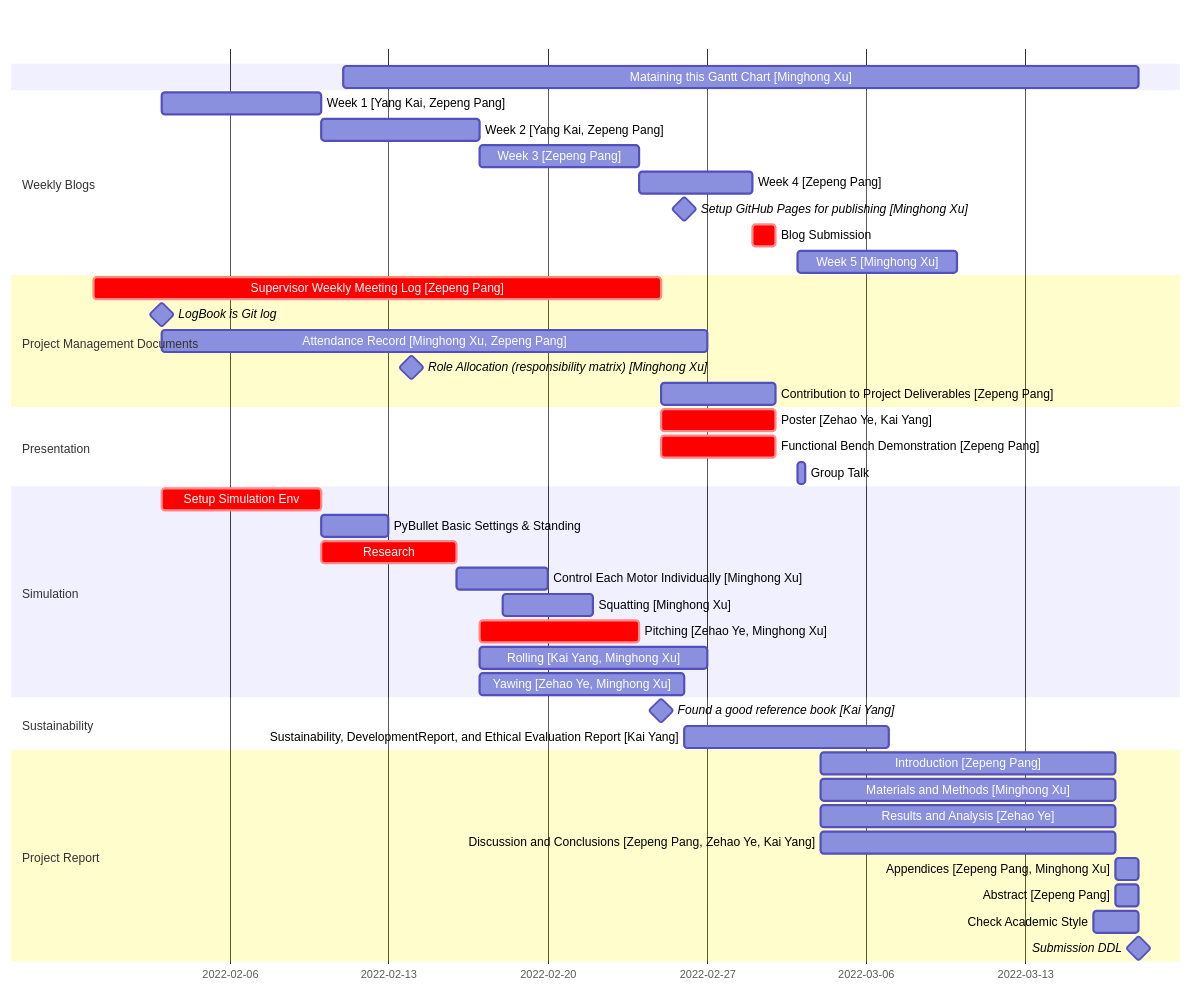
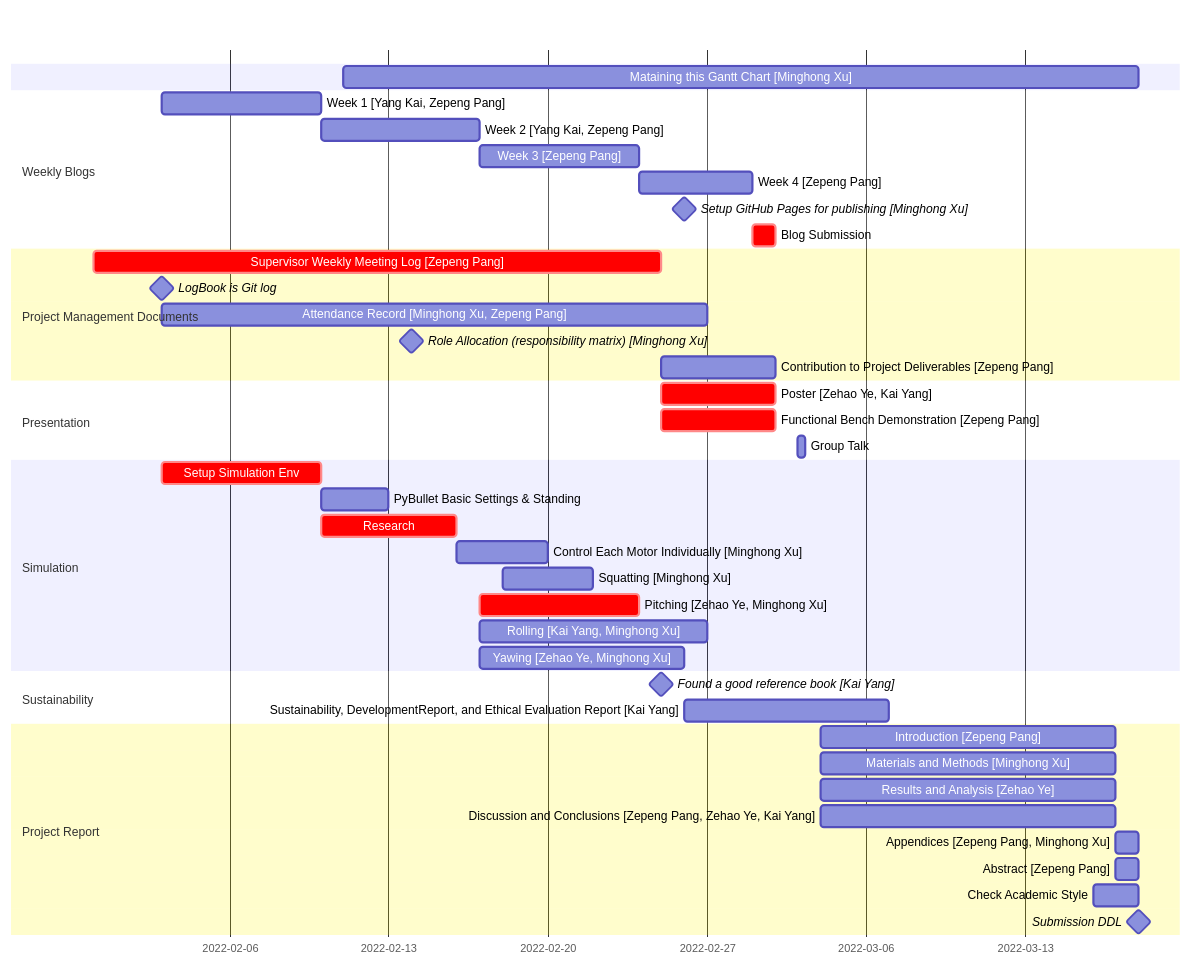
The diagram in README.md (minghongx/year2-project), drawn with Mermaid before and after one commit. The commit also changed other lines of this file and 12 other files, not shown here.

````diff
--- a/README.md
+++ b/README.md
@@ -9,51 +9,50 @@
 ```mermaid
 gantt
     dateFormat  YYYY-MM-DD
 
     Mataining this Gantt Chart [Minghong Xu] : 2022-02-11, 2022-03-18
 
     section Weekly Blogs
     Week 1 [Yang Kai, Zepeng Pang] : blog1, 2022-02-03, 7d
     Week 2 [Yang Kai, Zepeng Pang] : blog2, after blog1, 7d
     Week 3 [Zepeng Pang] : blog3, after blog2, 7d
     Week 4 [Zepeng Pang] : blog4, after blog3, 5d
     Setup GitHub Pages for publishing [Minghong Xu] : milestone, 2022-02-26, 0d
     Blog Submission : crit, after blog4, 2022-03-02
-    Week 5 [Minghong Xu] : 2022-03-03, 7d
 
     section Project Management Documents
     Supervisor Weekly Meeting Log [Zepeng Pang] : crit, 2022-01-31, 2022-02-25
     LogBook is Git log: milestone, 2022-02-03, 0d
     Attendance Record [Minghong Xu, Zepeng Pang] : 2022-02-03, 2022-02-27
     Role Allocation (responsibility matrix) [Minghong Xu] : milestone, 2022-02-14, 0d
     Contribution to Project Deliverables [Zepeng Pang] : 2022-02-25, 2022-03-02
 
     section Presentation
     Poster [Zehao Ye, Kai Yang] : crit, 2022-02-25, 2022-03-02
     Functional Bench Demonstration [Zepeng Pang] : crit, 2022-02-25, 2022-03-02
     Group Talk : 2022-03-03, 8h
 
     section Simulation
     Setup Simulation Env : crit, setup_sim_env, 2022-02-03, 7d
     PyBullet Basic Settings & Standing :after setup_sim_env, 3d
     Research : crit, research, after setup_sim_env, 6d
     Control Each Motor Individually [Minghong Xu] : after research, 2022-02-20
     Squatting [Minghong Xu] : 2022-02-18, 2022-02-22
     Pitching [Zehao Ye, Minghong Xu] : crit, 2022-02-17, 2022-02-24
     Rolling [Kai Yang, Minghong Xu] : 2022-02-17, 2022-02-27
     Yawing [Zehao Ye, Minghong Xu] : 2022-02-17, 2022-02-26
 
     section Sustainability
     Found a good reference book [Kai Yang] : milestone, 2022-02-25, 0d
     Sustainability, DevelopmentReport, and Ethical Evaluation Report [Kai Yang] : 2022-02-26, 2022-03-07
 
     section Project Report
     Introduction [Zepeng Pang] : 2022-03-04, 2022-03-17
     Materials and Methods [Minghong Xu] : 2022-03-04, 2022-03-17
     Results and Analysis [Zehao Ye] : 2022-03-04, 2022-03-17
     Discussion and Conclusions [Zepeng Pang, Zehao Ye, Kai Yang] : 2022-03-04, 2022-03-17
     Appendices [Zepeng Pang, Minghong Xu]: 2022-03-17, 2022-03-18
     Abstract [Zepeng Pang] : 2022-03-17, 2022-03-18
     Check Academic Style : 2022-03-16, 2d
     Submission DDL: milestone, 2022-03-18, 0d
 ```
````
